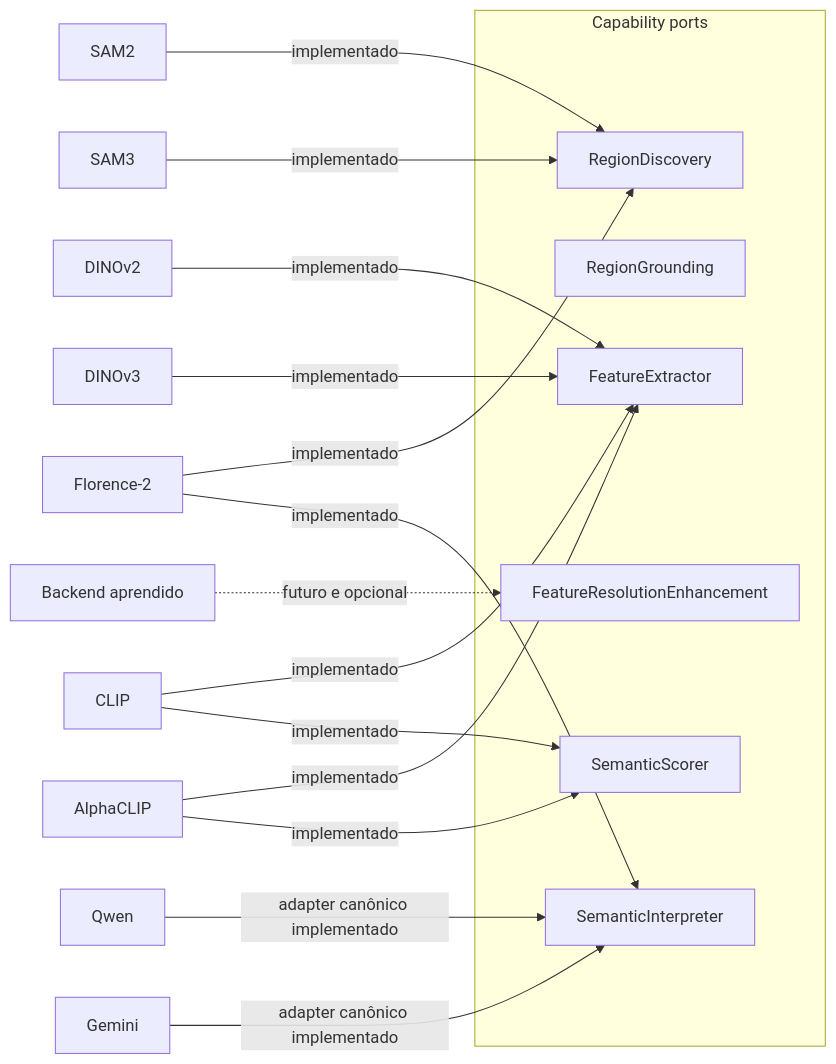
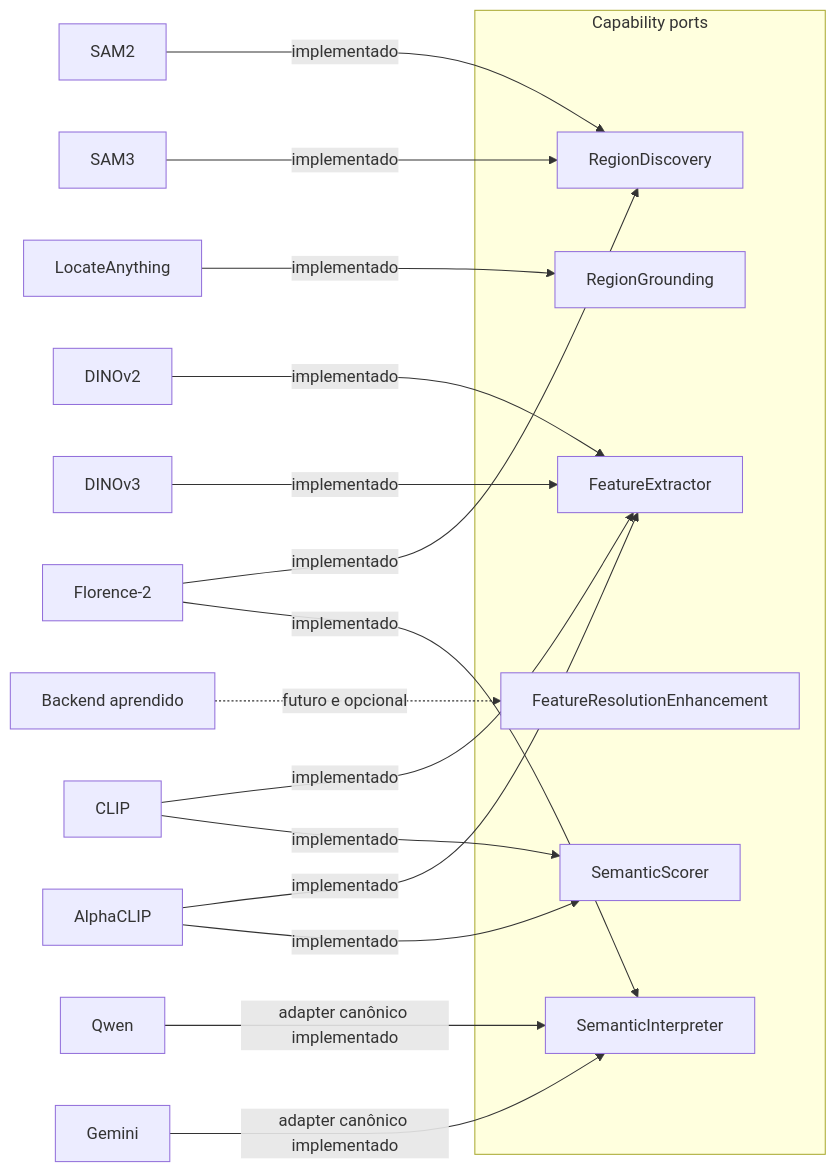
The diagram in src/contextmap/visual_perception/docs/ports.md (Alexandre-Tortoza/contextmap2), drawn with Mermaid before and after one commit. The commit also changed other lines of this file and 5 other files, not shown here.

````diff
--- a/src/contextmap/visual_perception/docs/ports.md
+++ b/src/contextmap/visual_perception/docs/ports.md
@@ -7,25 +7,26 @@
 ```mermaid
 flowchart LR
     subgraph PORTS[Capability ports]
         RD["RegionDiscovery"]
         RG["RegionGrounding"]
         FE["FeatureExtractor"]
         FRE["FeatureResolutionEnhancement"]
         SI["SemanticInterpreter"]
         SS["SemanticScorer"]
     end
 
     SAM2["SAM2"] -->|implementado| RD
     SAM3["SAM3"] -->|implementado| RD
     F2["Florence-2"] -->|implementado| RD
     F2 -->|implementado| SI
+    LA["LocateAnything"] -->|implementado| RG
     D2["DINOv2"] -->|implementado| FE
     D3["DINOv3"] -->|implementado| FE
     CLIP["CLIP"] -->|implementado| FE
     CLIP -->|implementado| SS
     ACLIP["AlphaCLIP"] -->|implementado| FE
     ACLIP -->|implementado| SS
     QWEN["Qwen"] -->|adapter canônico implementado| SI
     GEMINI["Gemini"] -->|adapter canônico implementado| SI
     ENH["Backend aprendido"] -. futuro e opcional .-> FRE
 ```
````
